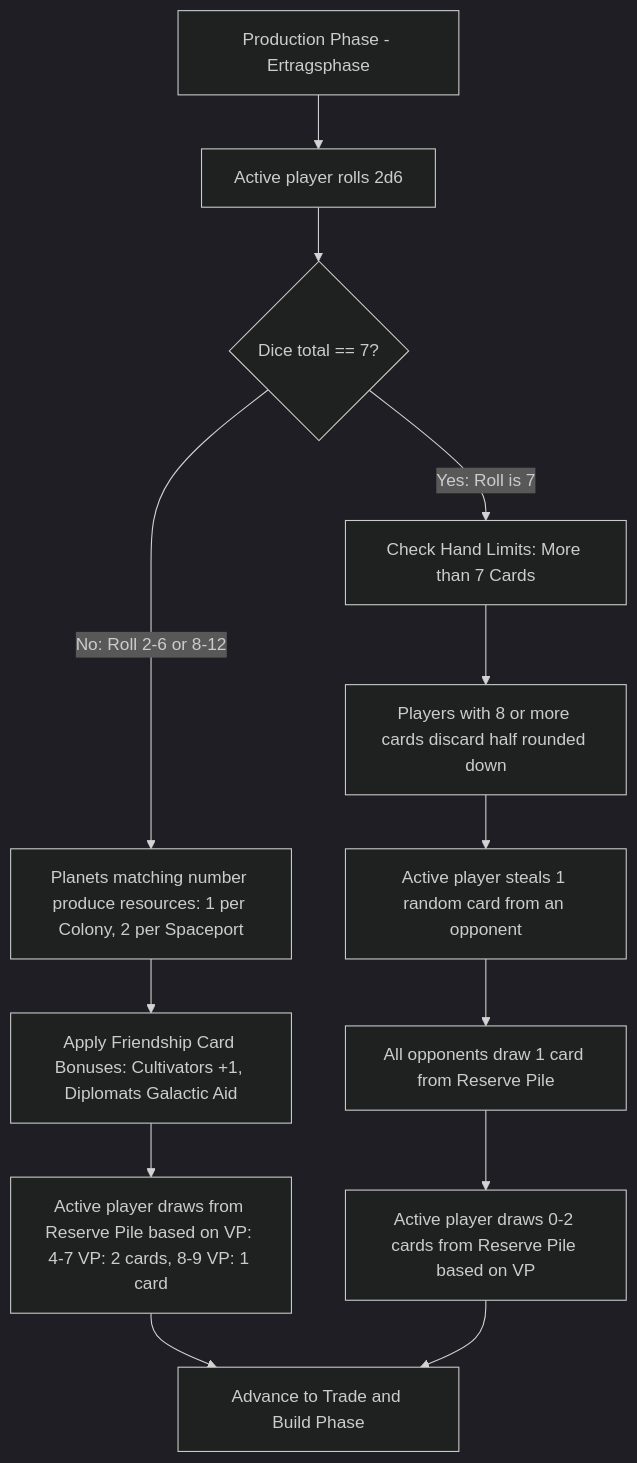
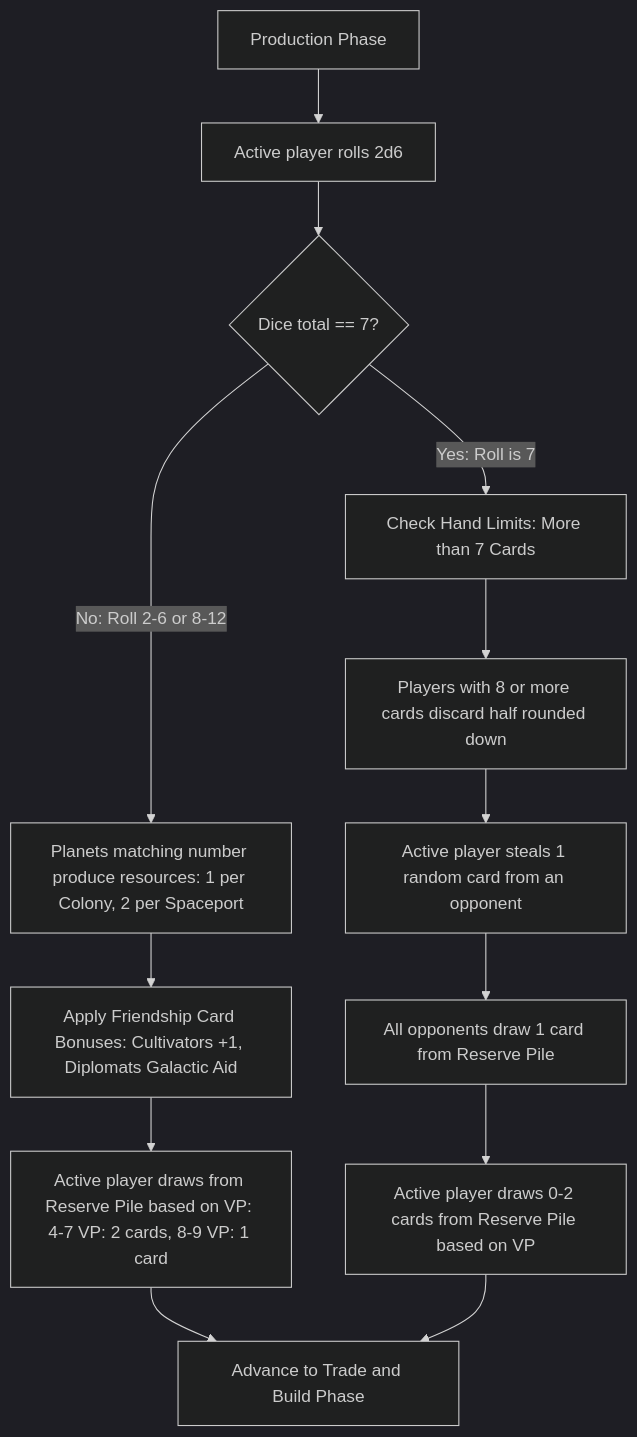
The third of 7 diagrams in README.md (Zork80/DeepSpacePioneers), drawn with Mermaid (dark theme) before and after one commit. The commit also changed other lines of this file, not shown here.

````diff
--- a/README.md
+++ b/README.md
@@ -295,17 +295,17 @@
 ```mermaid
 flowchart TD
-    ProdStart["Production Phase - Ertragsphase"] --> RollProd["Active player rolls 2d6"]
+    ProdStart["Production Phase"] --> RollProd["Active player rolls 2d6"]
     RollProd --> CheckSeven{"Dice total == 7?"}
     
     CheckSeven -->|No: Roll 2-6 or 8-12| PlanetYield["Planets matching number produce resources: 1 per Colony, 2 per Spaceport"]
     PlanetYield --> FriendBonus["Apply Friendship Card Bonuses: Cultivators +1, Diplomats Galactic Aid"]
     FriendBonus --> ActiveReserveDraw["Active player draws from Reserve Pile based on VP: 4-7 VP: 2 cards, 8-9 VP: 1 card"]
     ActiveReserveDraw --> ProdEnd["Advance to Trade and Build Phase"]
 
     CheckSeven -->|Yes: Roll is 7| DiscardCheck["Check Hand Limits: More than 7 Cards"]
     DiscardCheck --> DiscardAction["Players with 8 or more cards discard half rounded down"]
     DiscardAction --> StealAction["Active player steals 1 random card from an opponent"]
     StealAction --> OpponentsReserve["All opponents draw 1 card from Reserve Pile"]
     OpponentsReserve --> ActiveSevenReserve["Active player draws 0-2 cards from Reserve Pile based on VP"]
     ActiveSevenReserve --> ProdEnd
 ```
````
